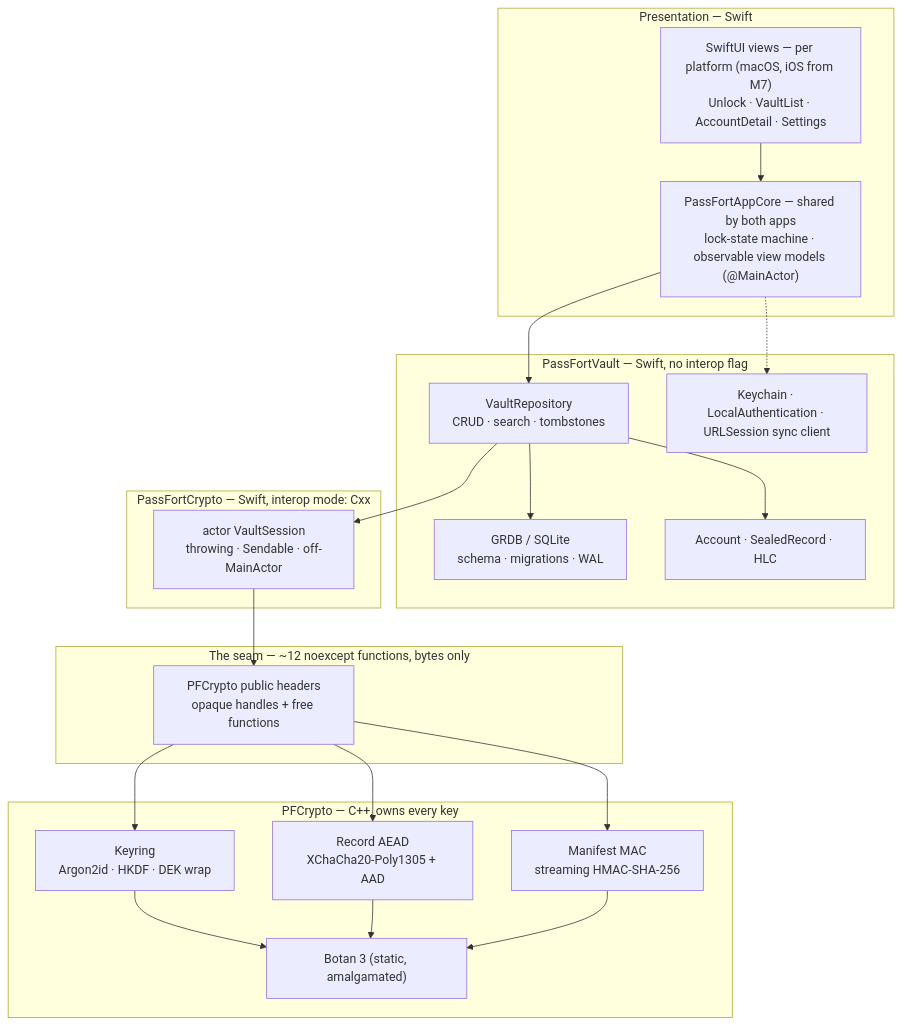
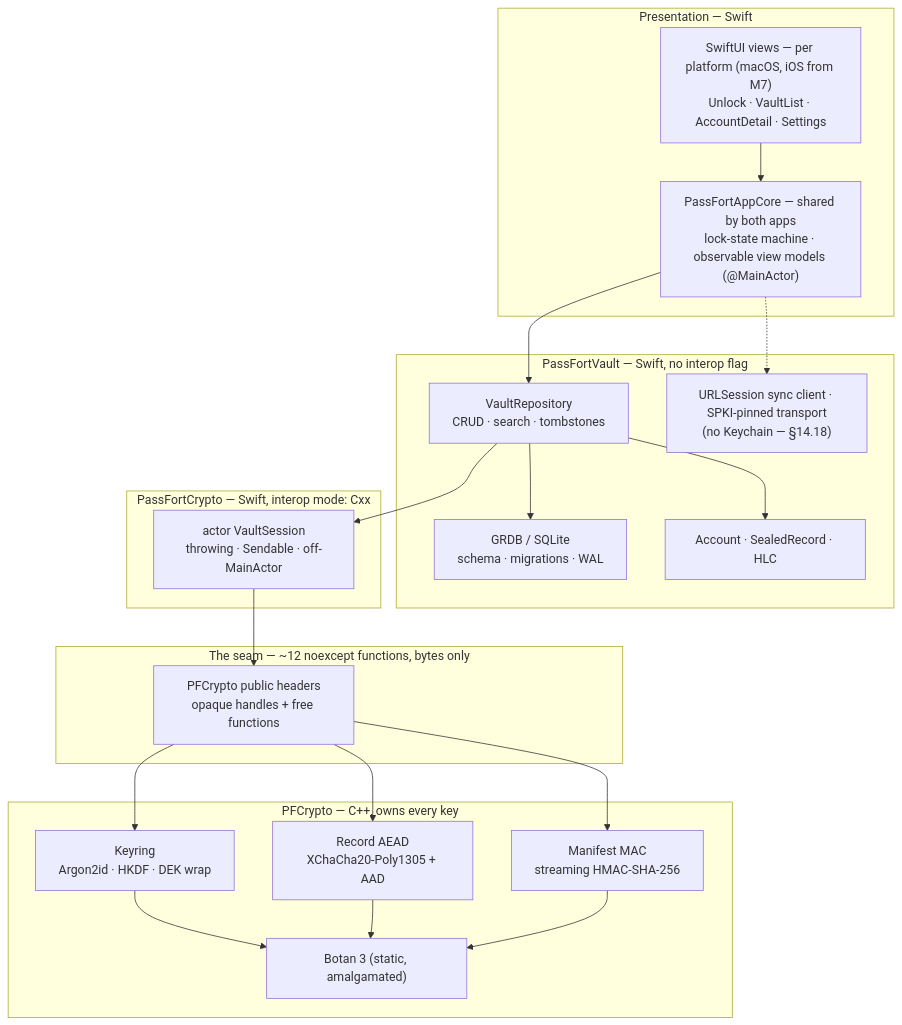
One commit to csabimvp/PassFortApp changed the first of 3 diagrams in docs/architecture.md. Above: the diagram before and after it, drawn with Mermaid. The commit also changed other lines of this file and 6 other files, not shown here.

First line of the commit message:
docs: design M5 sync to endpoint level; ADR-0009 sync auth key; architecture rev 12

````diff
--- a/docs/architecture.md
+++ b/docs/architecture.md
@@ -43,37 +43,37 @@
 ```mermaid
 flowchart TB
     subgraph SwiftUI["Presentation — Swift"]
         UI["SwiftUI views — per platform (macOS, iOS from M7)<br/>Unlock · VaultList · AccountDetail · Settings"]
         VM["PassFortAppCore — shared by both apps<br/>lock-state machine · observable view models (@MainActor)"]
     end
     subgraph Vault["PassFortVault — Swift, no interop flag"]
         Repo["VaultRepository<br/>CRUD · search · tombstones"]
         DB["GRDB / SQLite<br/>schema · migrations · WAL"]
         Model["Account · SealedRecord · HLC"]
-        Plat["Keychain · LocalAuthentication · URLSession sync client"]
+        Plat["URLSession sync client · SPKI-pinned transport<br/>(no Keychain — §14.18)"]
     end
     subgraph Bridge["PassFortCrypto — Swift, interop mode: Cxx"]
         Session["actor VaultSession<br/>throwing · Sendable · off-MainActor"]
     end
     subgraph Seam["The seam — ~12 noexcept functions, bytes only"]
         Facade["PFCrypto public headers<br/>opaque handles + free functions"]
     end
     subgraph Cxx["PFCrypto — C++, owns every key"]
         Keyring["Keyring<br/>Argon2id · HKDF · DEK wrap"]
         AEAD["Record AEAD<br/>XChaCha20-Poly1305 + AAD"]
         Mac["Manifest MAC<br/>streaming HMAC-SHA-256"]
         Botan["Botan 3 (static, amalgamated)"]
     end
 
     UI --> VM --> Repo
     Repo --> DB
     Repo --> Model
     Repo --> Session
     VM -.-> Plat
     Session --> Facade --> Keyring
     Facade --> AEAD
     Facade --> Mac
     Keyring --> Botan
     AEAD --> Botan
     Mac --> Botan
 ```
````
